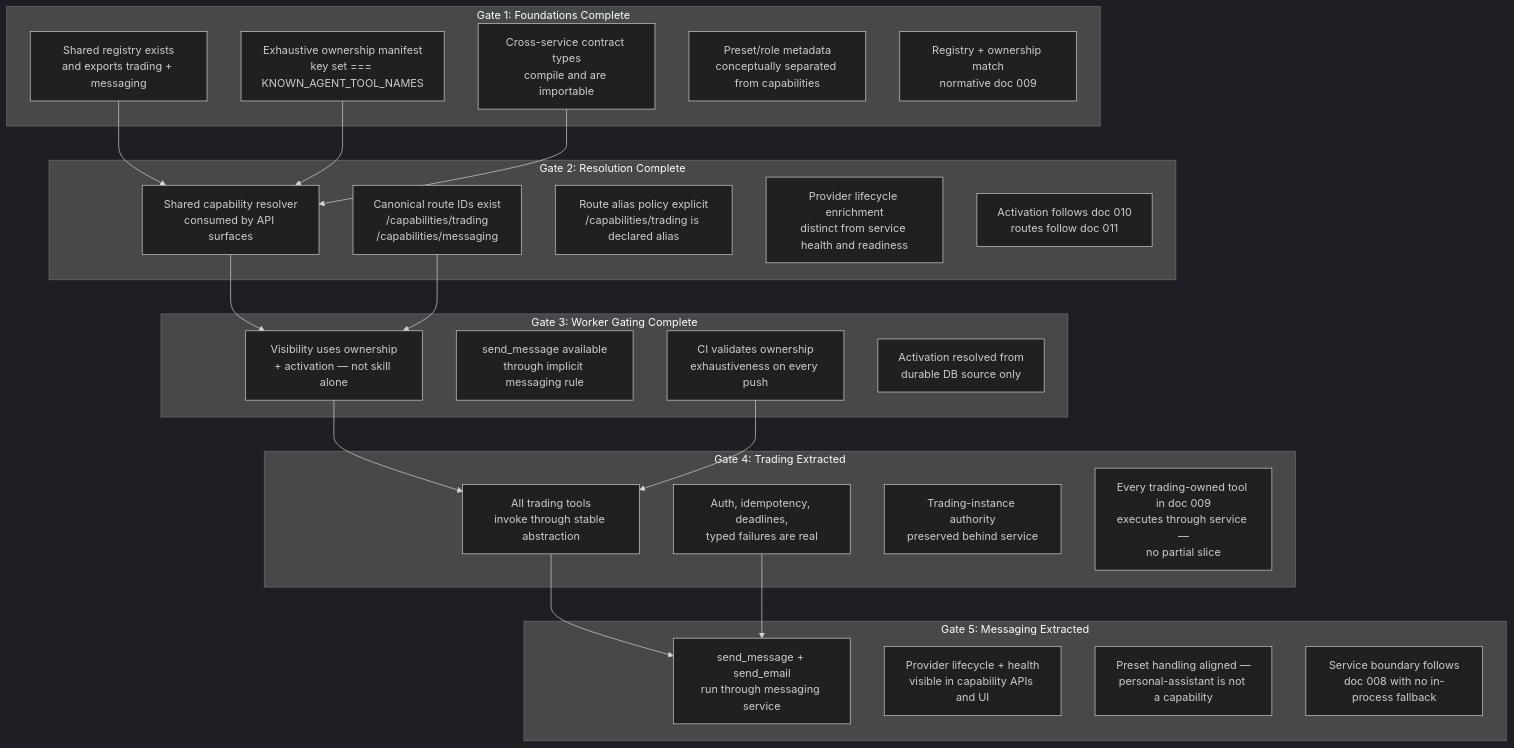
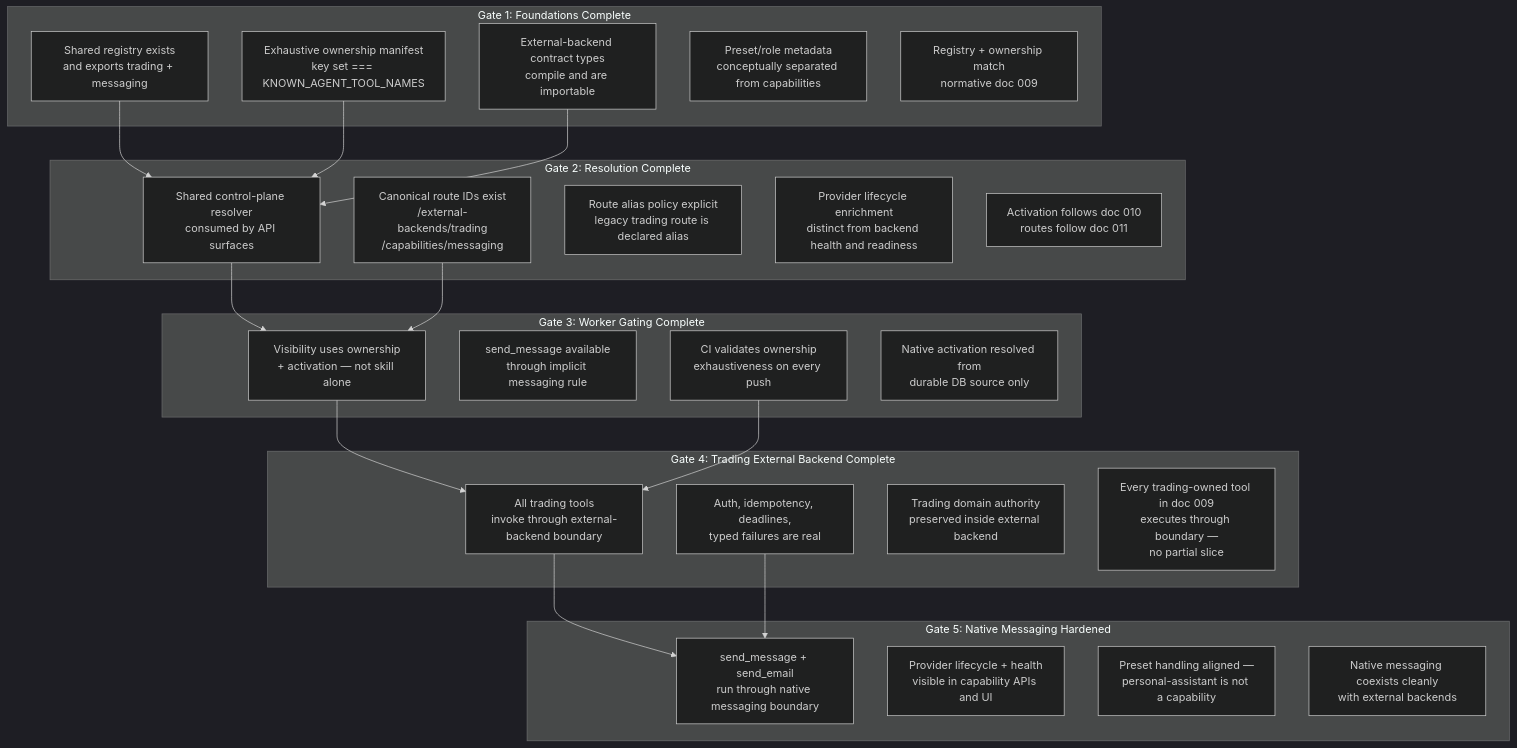
The second of 3 diagrams in docs/features/pending/000-capability-foundations/diagrams/phase-transitions.md (poshjosh/herobids), drawn with Mermaid (dark theme) before and after one commit. The commit also changed other lines of this file and 10 other files, not shown here.

````diff
--- a/docs/features/pending/000-capability-foundations/diagrams/phase-transitions.md
+++ b/docs/features/pending/000-capability-foundations/diagrams/phase-transitions.md
@@ -76,49 +76,49 @@
 ```mermaid
 flowchart TB
   subgraph "Gate 1: Foundations Complete"
     g1_registry[Shared registry exists<br/>and exports trading + messaging]
     g1_ownership[Exhaustive ownership manifest<br/>key set === KNOWN_AGENT_TOOL_NAMES]
-    g1_contract[Cross-service contract types<br/>compile and are importable]
+    g1_contract[External-backend contract types<br/>compile and are importable]
     g1_presets[Preset/role metadata<br/>conceptually separated from capabilities]
     g1_match[Registry + ownership match<br/>normative doc 009]
   end
 
   subgraph "Gate 2: Resolution Complete"
-    g2_resolver[Shared capability resolver<br/>consumed by API surfaces]
-    g2_routes[Canonical route IDs exist<br/>/capabilities/trading<br/>/capabilities/messaging]
-    g2_aliases[Route alias policy explicit<br/>/capabilities/trading is declared alias]
-    g2_lifecycle[Provider lifecycle enrichment<br/>distinct from service health and readiness]
+    g2_resolver[Shared control-plane resolver<br/>consumed by API surfaces]
+    g2_routes[Canonical route IDs exist<br/>/external-backends/trading<br/>/capabilities/messaging]
+    g2_aliases[Route alias policy explicit<br/>legacy trading route is declared alias]
+    g2_lifecycle[Provider lifecycle enrichment<br/>distinct from backend health and readiness]
     g2_activation[Activation follows doc 010<br/>routes follow doc 011]
   end
 
   subgraph "Gate 3: Worker Gating Complete"
     g3_ownership_vis[Visibility uses ownership<br/>+ activation — not skill alone]
     g3_send_message[send_message available<br/>through implicit messaging rule]
     g3_ci[CI validates ownership<br/>exhaustiveness on every push]
-    g3_activation_src[Activation resolved from<br/>durable DB source only]
+    g3_activation_src[Native activation resolved from<br/>durable DB source only]
   end
 
-  subgraph "Gate 4: Trading Extracted"
-    g4_invocation[All trading tools<br/>invoke through stable abstraction]
+  subgraph "Gate 4: Trading External Backend Complete"
+    g4_invocation[All trading tools<br/>invoke through external-backend boundary]
     g4_security[Auth, idempotency, deadlines,<br/>typed failures are real]
-    g4_authority[Trading-instance authority<br/>preserved behind service]
-    g4_complete[Every trading-owned tool in doc 009<br/>executes through service —<br/>no partial slice]
+    g4_authority[Trading domain authority<br/>preserved inside external backend]
+    g4_complete[Every trading-owned tool in doc 009<br/>executes through boundary —<br/>no partial slice]
   end
 
-  subgraph "Gate 5: Messaging Extracted"
-    g5_service[send_message + send_email<br/>run through messaging service]
+  subgraph "Gate 5: Native Messaging Hardened"
+    g5_native[send_message + send_email<br/>run through native messaging boundary]
     g5_lifecycle[Provider lifecycle + health<br/>visible in capability APIs and UI]
     g5_presets[Preset handling aligned —<br/>personal-assistant is not a capability]
-    g5_contract[Service boundary follows<br/>doc 008 with no in-process fallback]
+    g5_coexist[Native messaging coexists cleanly<br/>with external backends]
   end
 
   g1_registry --> g2_resolver
   g1_ownership --> g2_resolver
   g1_contract --> g2_resolver
   g2_resolver --> g3_ownership_vis
   g2_routes --> g3_ownership_vis
   g3_ownership_vis --> g4_invocation
   g3_ci --> g4_invocation
-  g4_invocation --> g5_service
-  g4_security --> g5_service
+  g4_invocation --> g5_native
+  g4_security --> g5_native
 ```
````
